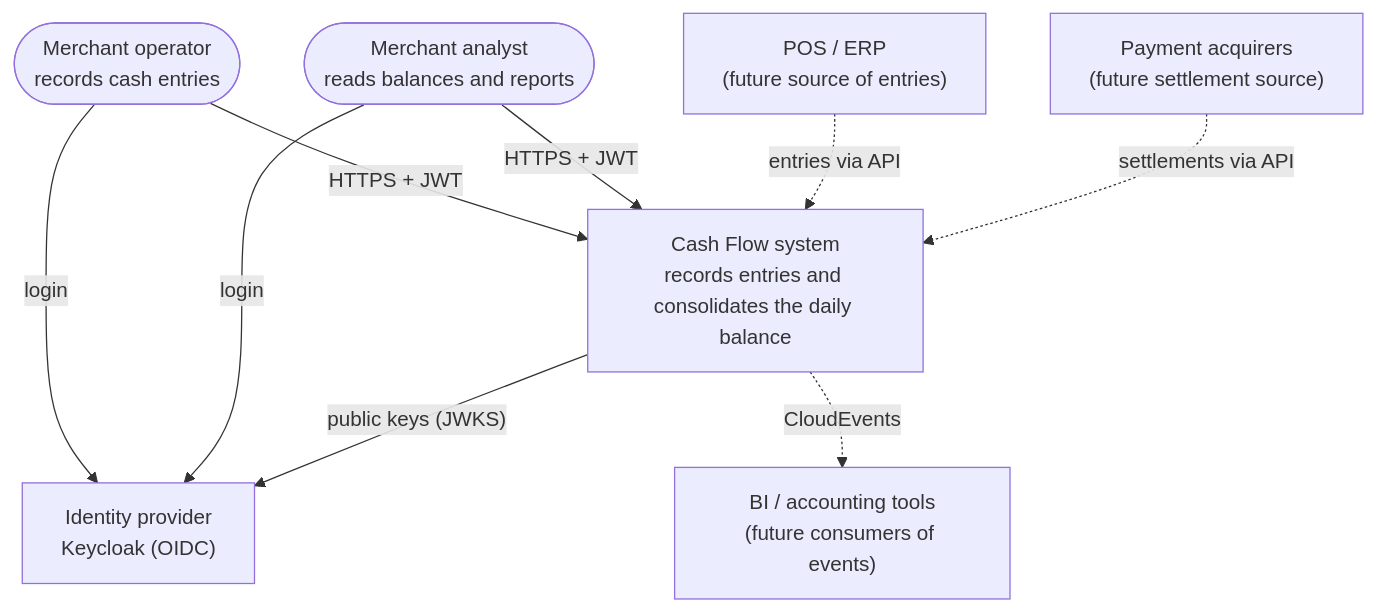
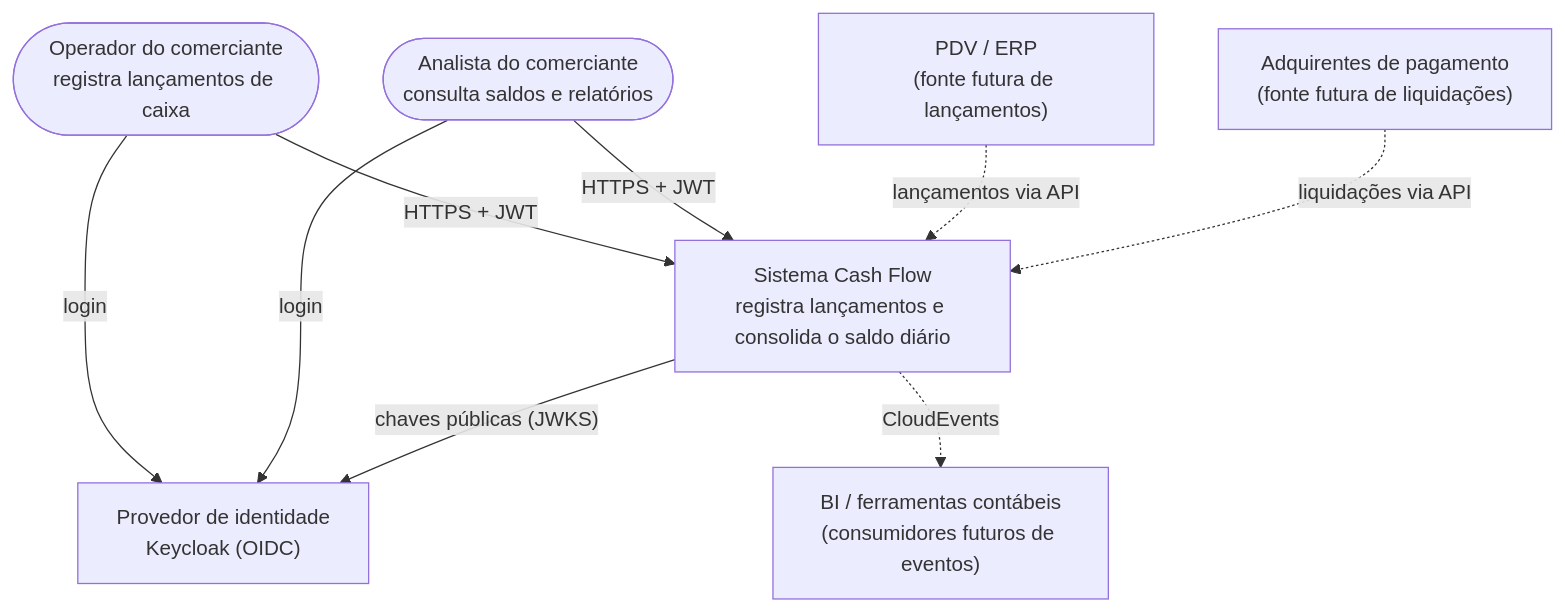
Before and after one commit to joaorizzont/cash-flow-test: the first of 8 diagrams in docs/03-target-architecture.md, drawn with Mermaid. The commit also changed other lines of this file and 23 other files, not shown here.

First line of the commit message:
docs: translate architecture documentation to portuguese

````diff
--- a/docs/03-target-architecture.md
+++ b/docs/03-target-architecture.md
@@ -22,19 +22,19 @@
 ```mermaid
 flowchart TB
-  operator(["Merchant operator<br/>records cash entries"])
-  analyst(["Merchant analyst<br/>reads balances and reports"])
-  system["Cash Flow system<br/>records entries and consolidates the daily balance"]
-  idp["Identity provider<br/>Keycloak (OIDC)"]
-  pos["POS / ERP<br/>(future source of entries)"]
-  acquirer["Payment acquirers<br/>(future settlement source)"]
-  bi["BI / accounting tools<br/>(future consumers of events)"]
+  operator(["Operador do comerciante<br/>registra lançamentos de caixa"])
+  analyst(["Analista do comerciante<br/>consulta saldos e relatórios"])
+  system["Sistema Cash Flow<br/>registra lançamentos e consolida o saldo diário"]
+  idp["Provedor de identidade<br/>Keycloak (OIDC)"]
+  pos["PDV / ERP<br/>(fonte futura de lançamentos)"]
+  acquirer["Adquirentes de pagamento<br/>(fonte futura de liquidações)"]
+  bi["BI / ferramentas contábeis<br/>(consumidores futuros de eventos)"]
 
   operator -->|"HTTPS + JWT"| system
   analyst -->|"HTTPS + JWT"| system
   operator -->|login| idp
   analyst -->|login| idp
-  system -->|"public keys (JWKS)"| idp
-  pos -.->|"entries via API"| system
-  acquirer -.->|"settlements via API"| system
+  system -->|"chaves públicas (JWKS)"| idp
+  pos -.->|"lançamentos via API"| system
+  acquirer -.->|"liquidações via API"| system
   system -.->|"CloudEvents"| bi
 ```
````
